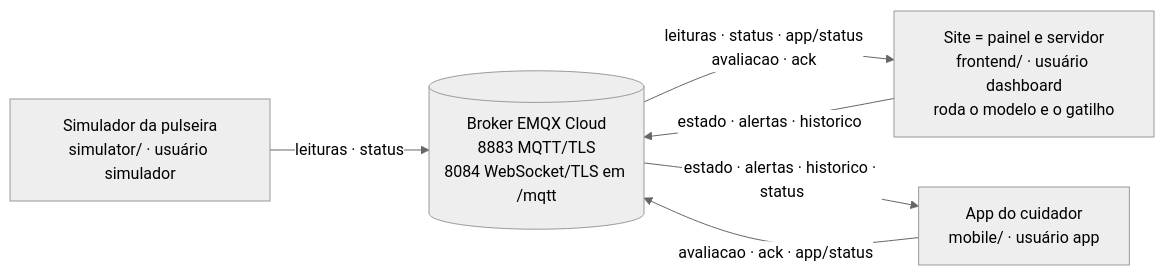
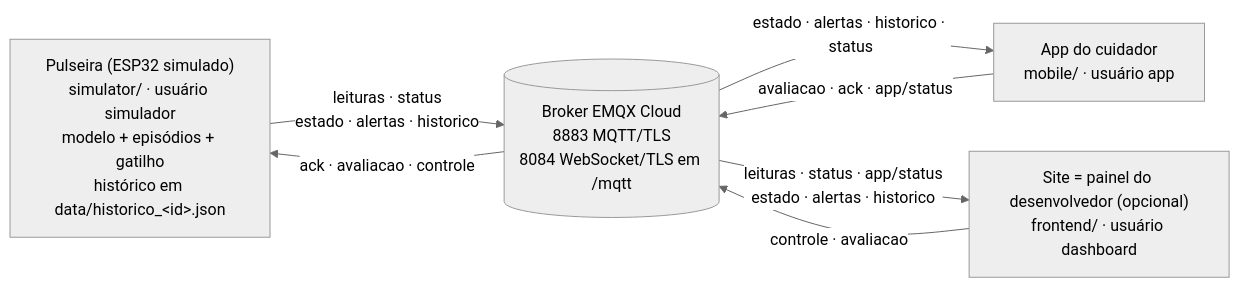
One commit to murilorochasantana-ui/Puzzle-Band changed the diagram in docs/mqtt.md. Above: the diagram before and after it, drawn with Mermaid (neutral theme). The commit also changed other lines of this file and 45 other files, not shown here.

Commit message:
App funciona somente se o simulador estiver ligado. Dashboard somente para visualização

````diff
--- a/docs/mqtt.md
+++ b/docs/mqtt.md
@@ -15,13 +19,14 @@
 ```mermaid
 flowchart LR
-    SIM["Simulador da pulseira<br/>simulator/ · usuário simulador"]
+    PUL["Pulseira (ESP32 simulado)<br/>simulator/ · usuário simulador<br/>modelo + episódios + gatilho<br/>histórico em data/historico_&lt;id&gt;.json"]
     B[("Broker EMQX Cloud<br/>8883 MQTT/TLS<br/>8084 WebSocket/TLS em /mqtt")]
-    SITE["Site = painel e servidor<br/>frontend/ · usuário dashboard<br/>roda o modelo e o gatilho"]
     APP["App do cuidador<br/>mobile/ · usuário app"]
+    SITE["Site = painel do desenvolvedor (opcional)<br/>frontend/ · usuário dashboard"]
 
-    SIM -- "leituras · status" --> B
-    B -- "leituras · status · app/status<br/>avaliacao · ack" --> SITE
-    SITE -- "estado · alertas · historico" --> B
+    PUL -- "leituras · status<br/>estado · alertas · historico" --> B
+    B -- "ack · avaliacao · controle" --> PUL
     B -- "estado · alertas · historico · status" --> APP
     APP -- "avaliacao · ack · app/status" --> B
+    B -- "leituras · status · app/status<br/>estado · alertas · historico" --> SITE
+    SITE -- "controle · avaliacao" --> B
 ```
````
